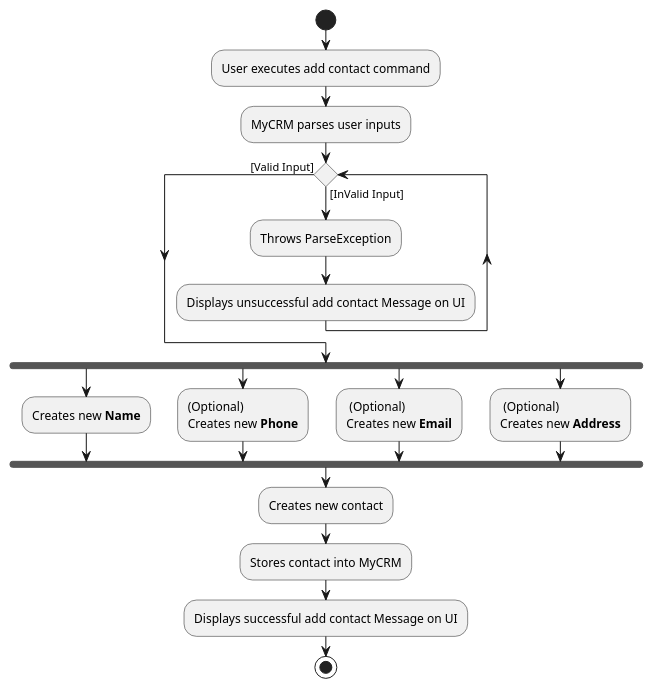
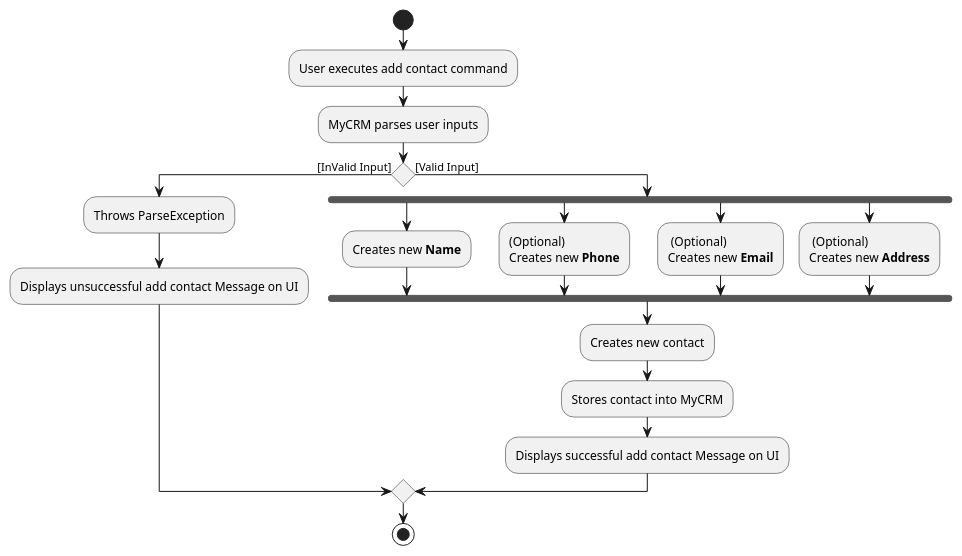
Before and after one commit to ooawagaeri/tp: the diagram in docs/diagrams/contact/AddContactActivityDiagram.puml, drawn with PlantUML. The commit also changed 7 other files, not shown here.

Commit message:
fix activity diagram issues

```diff
--- a/docs/diagrams/contact/AddContactActivityDiagram.puml
+++ b/docs/diagrams/contact/AddContactActivityDiagram.puml
@@ -1,25 +1,26 @@
 @startuml
 start
 :User executes add contact command;
 :MyCRM parses user inputs;
-while () is ([InValid Input])
+if() then ([InValid Input])
     :Throws ParseException;
     :Displays unsuccessful add contact Message on UI;
-endwhile ([Valid Input])
+else ([Valid Input])
     fork
     :Creates new **Name**;
     fork again
     :(Optional)
     Creates new **Phone**;
     fork again
     : (Optional)
     Creates new **Email**;
     fork again
     : (Optional)
     Creates new **Address**;
     end fork
     :Creates new contact;
     :Stores contact into MyCRM;
     :Displays successful add contact Message on UI;
+endif;
 stop
 @enduml
```
